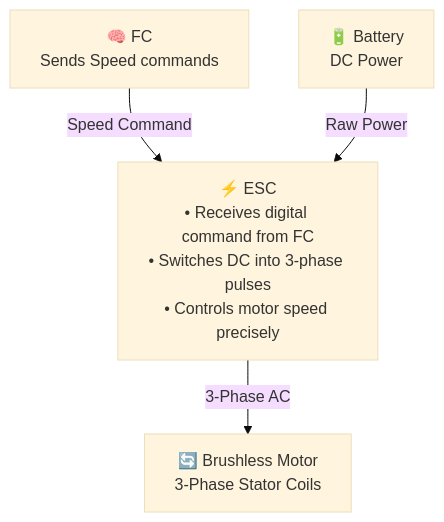
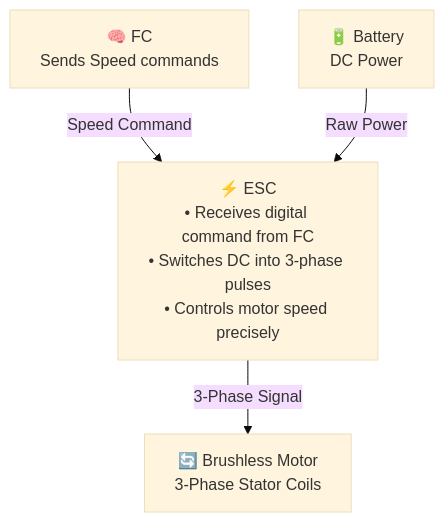
Before and after one commit to oyegunmen/JanFlight: the fourth of 8 diagrams in docs/content/basics.md, drawn with Mermaid (base theme). The commit also changed other lines of this file and 3 other files, not shown here.

````diff
--- a/docs/content/basics.md
+++ b/docs/content/basics.md
@@ -172,10 +185,10 @@
 ```mermaid
 flowchart TD
     BAT["🔋 Battery\nDC Power"]
     ESC["⚡ ESC\n• Receives digital command from FC\n• Switches DC into 3-phase pulses\n• Controls motor speed precisely"]
     MOT["🔄 Brushless Motor\n3-Phase Stator Coils"]
     FC["🧠 FC\nSends Speed commands"]
     FC -->|Speed Command| ESC
     BAT -->|Raw Power| ESC
-    ESC -->|3-Phase AC| MOT
+    ESC -->|3-Phase Signal| MOT
 ```
````
